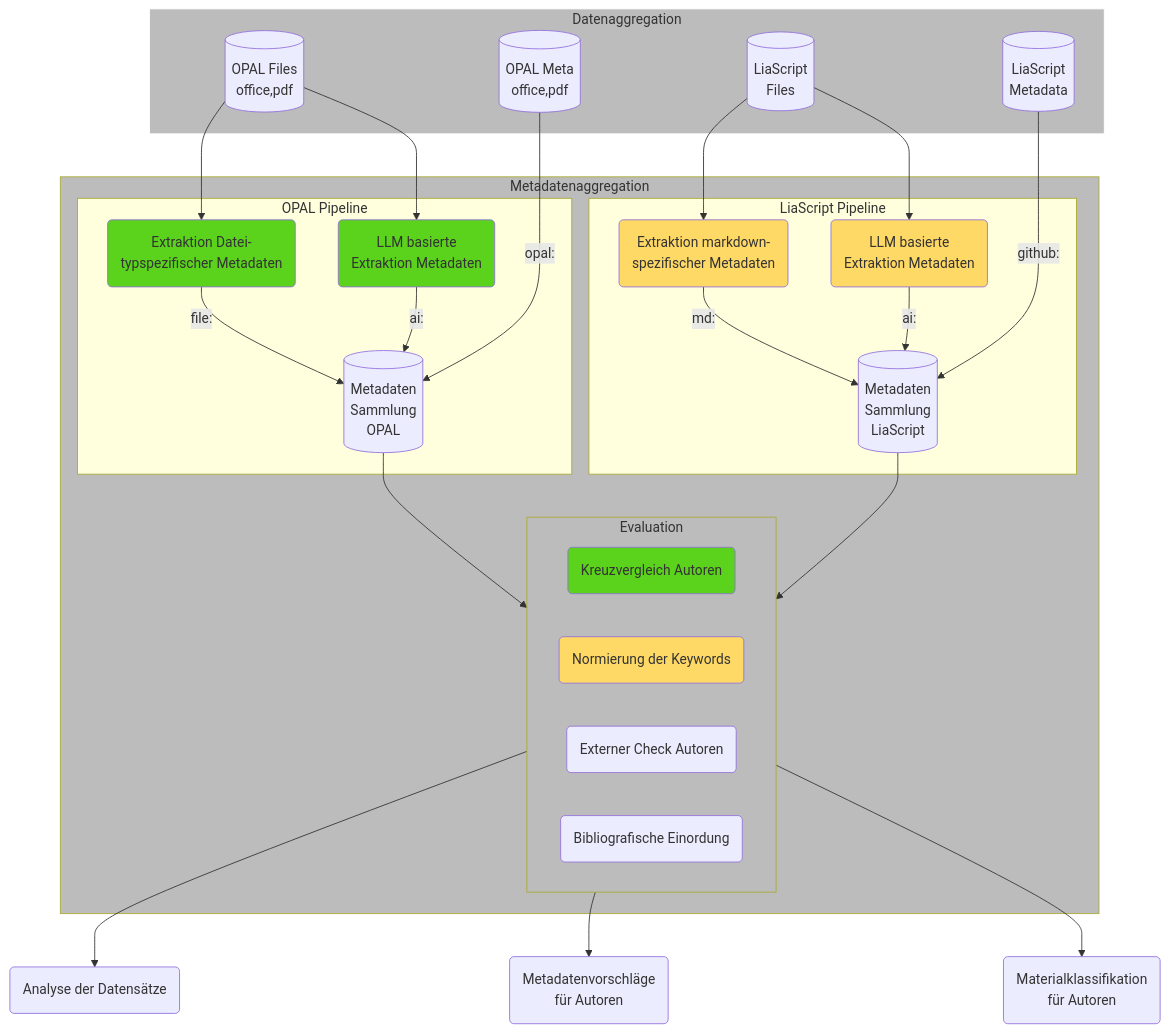
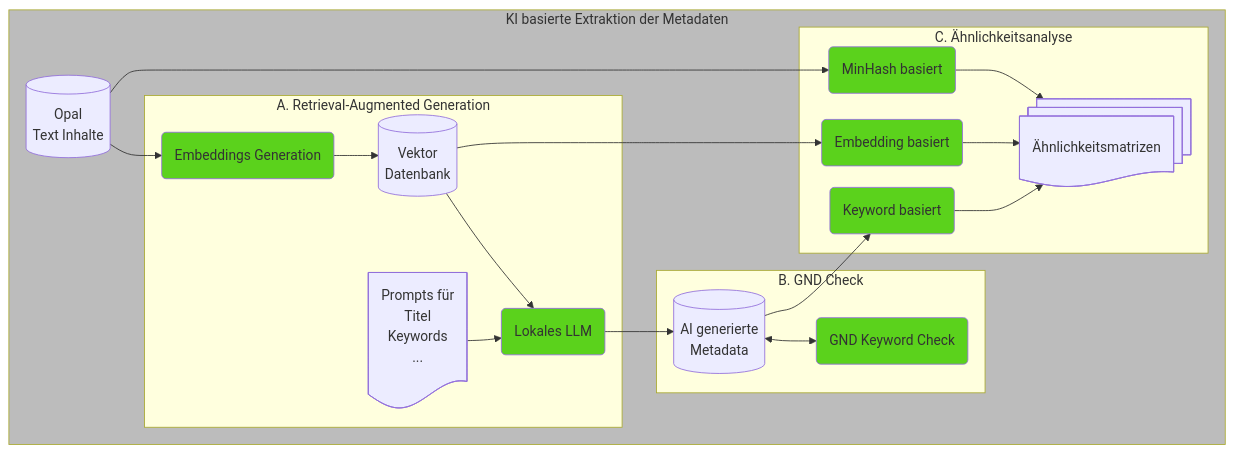
Before and after one commit to TUBAF-IFI-ConnectedLecturer/Data_aggregation: the second of 2 diagrams in README.md, drawn with Mermaid. The commit also changed other lines of this file, not shown here.

````diff
--- a/README.md
+++ b/README.md
@@ -127,57 +128,48 @@
 ```mermaid
-flowchart TD
+flowchart 
+%%{init:{'flowchart':{'nodeSpacing': 25, 'rankSpacing': 15}}}%%
 
     classDef green fill:#5bd21c
     classDef yellow fill:#ffd966
     classDef gray fill:#bcbcbc
     classDef white fill:#ffffff,stroke:#ffffff
+    
+    subgraph BASIC[KI&nbsp;basierte&nbsp;Extraktion&nbsp;der&nbsp;Metadaten]
+    OPAL_CONTENT[(Opal<br>Text Inhalte)]
+    OPAL_EMBEDDINGS(Embeddings Generation):::green
+    OPAL_CONTENT --> OPAL_EMBEDDINGS
 
-    subgraph Datenaggregation
-    OPAL_FILES[(OPAL Files<br>office,pdf)]
-    OPAL_METADATA_FILES[(OPAL Meta<br>office,pdf)]
-    LIA_FILES_[(LiaScript<br>Files)]
-    LIA_METADATA_FILES[(LiaScript<br>Metadata)]
+    subgraph RAG ["A.&nbsp;Retrieval‑Augmented&nbsp;Generation"]
+    VECTOR_DB[(Vektor<br> Datenbank)]
+    OPAL_EMBEDDINGS --> VECTOR_DB
+    PROMPTS@{ shape: doc, label: "Prompts für <br> Titel<br> Keywords <br> ..." }
+    LLM(Lokales LLM):::green
+    VECTOR_DB --> LLM
+    PROMPTS --> LLM
     end
 
-    class Materialidentifikation, gray
-
-    subgraph Metadatenaggregation
-    subgraph OPAL Pipeline
-    OPAL_EXTRACTION_TYP_MD(Extraktion Datei-<br> typspezifischer Metadaten):::green
-    OPAL_EXTRACTION_LLM_MD(LLM basierte<br>Extraktion Metadaten):::green
-    OPAL_EXTRACTION_TYP_MD--> |file:|OPALFILES[(Metadaten<br>Sammlung<br> OPAL)]
-    OPAL_EXTRACTION_LLM_MD --> |ai:|OPALFILES
-    OPAL_METADATA_FILES --> |opal:|OPALFILES
-    end
-    subgraph LiaScript Pipeline
-    LIA_EXTRACTION_TYP_MD(Extraktion markdown-<br>spezifischer Metadaten):::yellow
-    LIA_EXTRACTION_LLM_MD(LLM basierte<br>Extraktion Metadaten):::yellow
-    LIA_EXTRACTION_TYP_MD--> |md:|LIAFILES[(Metadaten <br>Sammlung<br>LiaScript)]
-    LIA_EXTRACTION_LLM_MD --> |ai:|LIAFILES
-    LIA_METADATA_FILES --> |github:|LIAFILES
+    subgraph GND ["B. "GND Check]
+    AI_METADATA[(AI generierte<br>Metadata)]
+    LLM --> AI_METADATA
+    GND_CHECK(GND Keyword Check):::green
     end
 
-    subgraph Evaluation
-    KREUZVERGLEICH(Kreuzvergleich Autoren):::green 
-    KLASSIFIKATION(Normierung der Keywords):::yellow
-    PLAUSIBILISIERUNG(Externer Check Autoren)
-    BIB_KLASSIFIKATION(Bibliografische Einordung)
+    subgraph SIMILARITY ["C. "Ähnlichkeitsanalyse]
+    KEYWORD_SIM(Keyword basiert):::green
+    EMBEDDING_SIM(Embedding basiert):::green
+    MINHASH_SIM(MinHash basiert):::green
+    RESULT@{ shape: documents, label: "Ähnlichkeitsmatrizen" }
+    MINHASH_SIM --> RESULT
+    EMBEDDING_SIM--> RESULT
+    KEYWORD_SIM--> RESULT
     end
+    AI_METADATA <--> GND_CHECK
+    OPAL_CONTENT --> MINHASH_SIM
+    VECTOR_DB --> EMBEDDING_SIM
+    AI_METADATA -->KEYWORD_SIM
+    end
+    class BASIC, gray
 
-    OPALFILES --> Evaluation
-    LIAFILES --> Evaluation
 
-    end
-
-    OPAL_FILES --> OPAL_EXTRACTION_TYP_MD
-    OPAL_FILES --> OPAL_EXTRACTION_LLM_MD
-    LIA_FILES_ --> LIA_EXTRACTION_TYP_MD
-    LIA_FILES_ --> LIA_EXTRACTION_LLM_MD
-
-    Evaluation --> METADATA_Analysis(Analyse der Datensätze)
-    Evaluation --> METADATA_PROPOSALS(Metadatenvorschläge<br>für Autoren)
-    Evaluation --> METADATA_CLASSIFICATION(Materialklassifikation<br>für Autoren)
-
-    class Datenaggregation white
-    class Datenaggregation,Metadatenaggregation,Evaluation gray
+    class Metadatenaggregation,Evaluation gray
 ```
````
